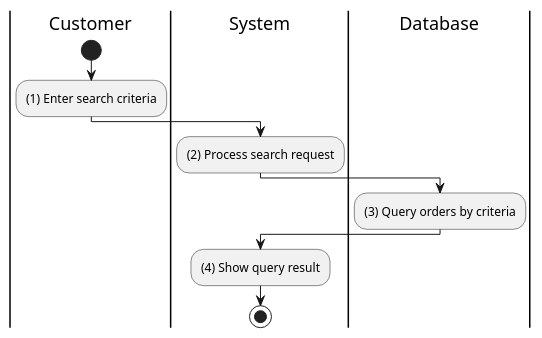
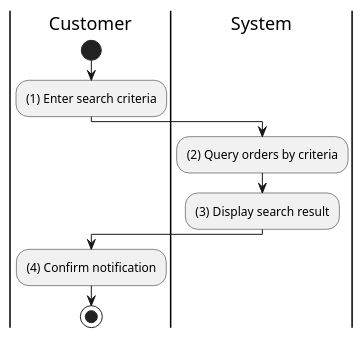
The diagram in docs/software-docs/activity/view-order/search-order.md (electricilies/electricilies.github.io), drawn with PlantUML before and after one commit. The commit also changed 47 other files, not shown here.

````diff
--- a/docs/software-docs/activity/view-order/search-order.md
+++ b/docs/software-docs/activity/view-order/search-order.md
@@ -3,19 +3,16 @@
 ```plantuml
 @startuml
 |C|Customer
 |S|System
-|D|Database
 
 |C|
 start
 :(1) Enter search criteria;
 |S|
-:(2) Process search request;
-|D|
-:(3) Query orders by criteria;
-|S|
-:(4) Show query result;
+:(2) Query orders by criteria;
+:(3) Display search result;
+|C|
+:(4) Confirm notification;
 stop
-
 @enduml
 ```
````
